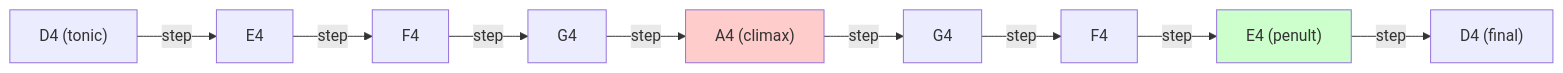
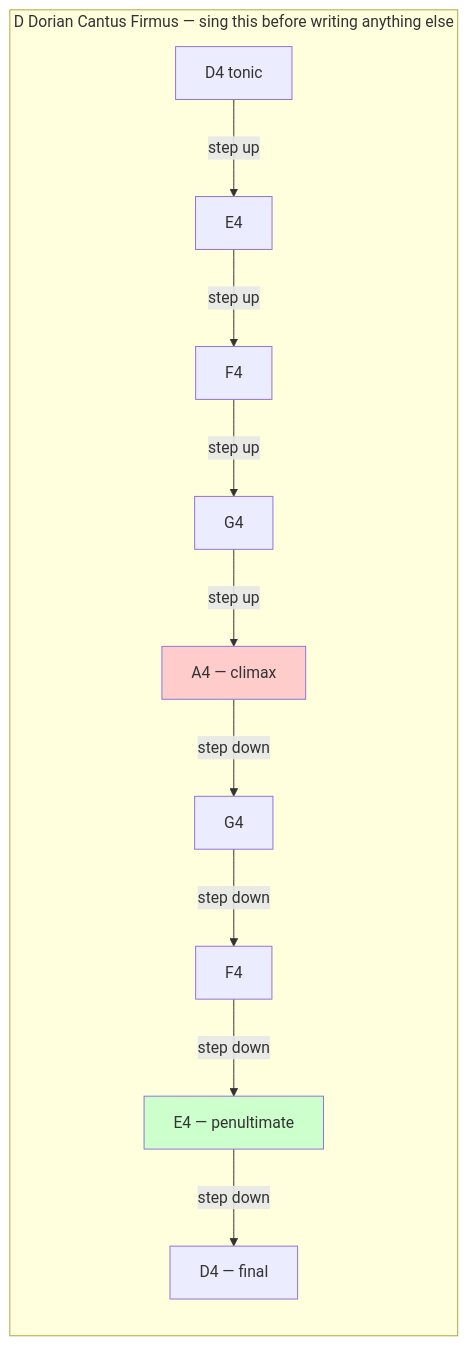
One commit to blebleblee/synapse changed the first of 3 diagrams in topics/arts/composition/counterpoint/labs.md. Above: the diagram before and after it, drawn with Mermaid. The commit also changed other lines of this file and 4 other files, not shown here.

````diff
--- a/topics/arts/composition/counterpoint/labs.md
+++ b/topics/arts/composition/counterpoint/labs.md
@@ -74,14 +64,15 @@
 ```mermaid
 graph LR
-    A["D4 (tonic)"] -->|step| B["E4"]
-    B -->|step| C["F4"]
-    C -->|step| D["G4"]
-    D -->|step| E["A4 (climax)"]
-    E -->|step| F["G4"]
-    F -->|step| G["F4"]
-    G -->|step| H["E4 (penult)"]
-    H -->|step| I["D4 (final)"]
-    
+    subgraph sub_cf ["D Dorian Cantus Firmus — sing this before writing anything else"]
+        A["D4 tonic"] -->|"step up"| B["E4"]
+        B -->|"step up"| C["F4"]
+        C -->|"step up"| D["G4"]
+        D -->|"step up"| E["A4 — climax"]
+        E -->|"step down"| F["G4"]
+        F -->|"step down"| G["F4"]
+        G -->|"step down"| H["E4 — penultimate"]
+        H -->|"step down"| I["D4 — final"]
+    end
     style E fill:#ffcccc
     style H fill:#ccffcc
 ```
````
